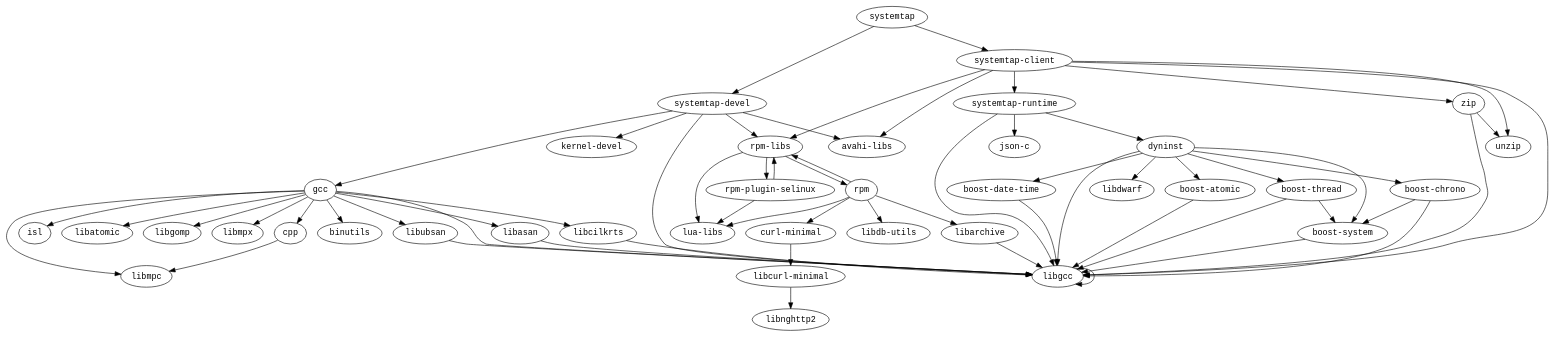
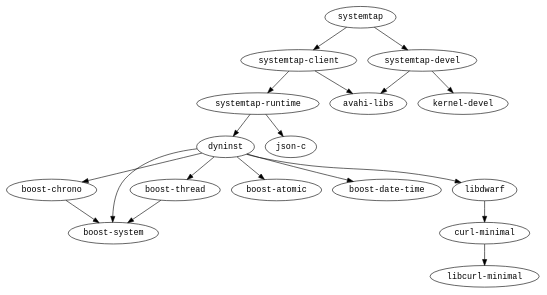
The diagram in modules/systemtap/i686/graph.dot (fedora-modularity/dependency-report), drawn with Graphviz before and after one commit. The commit also changed 1651 other files, not shown here.

```diff
--- a/modules/systemtap/i686/graph.dot
+++ b/modules/systemtap/i686/graph.dot
@@ -1,64 +1,21 @@
 strict digraph G {
 node [fontname=monospace];
-  "boost-atomic" -> "libgcc";
   "boost-chrono" -> "boost-system";
-  "boost-chrono" -> "libgcc";
-  "boost-date-time" -> "libgcc";
-  "boost-system" -> "libgcc";
   "boost-thread" -> "boost-system";
-  "boost-thread" -> "libgcc";
-  "cpp" -> "libmpc";
   "curl-minimal" -> "libcurl-minimal";
   "dyninst" -> "boost-atomic";
   "dyninst" -> "boost-chrono";
   "dyninst" -> "boost-date-time";
   "dyninst" -> "boost-system";
   "dyninst" -> "boost-thread";
   "dyninst" -> "libdwarf";
-  "dyninst" -> "libgcc";
-  "gcc" -> "binutils";
-  "gcc" -> "cpp";
-  "gcc" -> "isl";
-  "gcc" -> "libasan";
-  "gcc" -> "libatomic";
-  "gcc" -> "libcilkrts";
-  "gcc" -> "libgcc";
-  "gcc" -> "libgomp";
-  "gcc" -> "libmpc";
-  "gcc" -> "libmpx";
-  "gcc" -> "libubsan";
-  "libarchive" -> "libgcc";
-  "libasan" -> "libgcc";
-  "libcilkrts" -> "libgcc";
-  "libcurl-minimal" -> "libnghttp2";
-  "libgcc" -> "libgcc";
-  "libubsan" -> "libgcc";
-  "rpm" -> "curl-minimal";
-  "rpm" -> "libarchive";
-  "rpm" -> "libdb-utils";
-  "rpm-libs" -> "lua-libs";
-  "rpm-libs" -> "rpm";
-  "rpm-libs" -> "rpm-plugin-selinux";
-  "rpm" -> "lua-libs";
-  "rpm-plugin-selinux" -> "lua-libs";
-  "rpm-plugin-selinux" -> "rpm-libs";
-  "rpm" -> "rpm-libs";
+  "libdwarf" -> "curl-minimal";
   "systemtap-client" -> "avahi-libs";
-  "systemtap-client" -> "libgcc";
-  "systemtap-client" -> "rpm-libs";
   "systemtap-client" -> "systemtap-runtime";
-  "systemtap-client" -> "unzip";
-  "systemtap-client" -> "zip";
   "systemtap-devel" -> "avahi-libs";
-  "systemtap-devel" -> "gcc";
   "systemtap-devel" -> "kernel-devel";
-  "systemtap-devel" -> "libgcc";
-  "systemtap-devel" -> "rpm-libs";
   "systemtap-runtime" -> "dyninst";
   "systemtap-runtime" -> "json-c";
-  "systemtap-runtime" -> "libgcc";
   "systemtap" -> "systemtap-client";
   "systemtap" -> "systemtap-devel";
-  "zip" -> "libgcc";
-  "zip" -> "unzip";
 }
```
